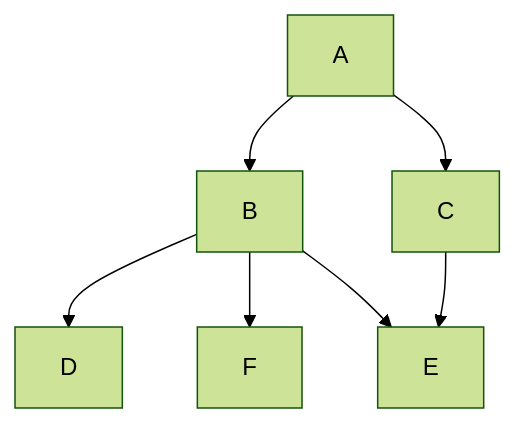
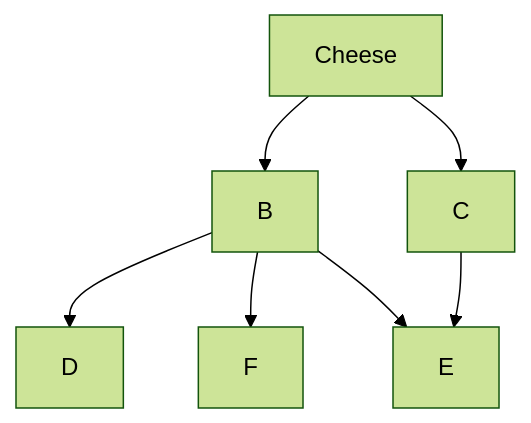
One commit to amaddatu/demo-3-23-repo changed the diagram in README.md. Above: the diagram before and after it, drawn with Mermaid (forest theme).

````diff
--- a/README.md
+++ b/README.md
@@ -11,9 +11,9 @@
 ```mermaid
   graph TD;
-      A-->B;
-      A-->C;
+      Cheese-->B;
+      Cheese-->C;
       B-->D;
       B-->F;
       B-->E;
       C-->E;
 ```
````
